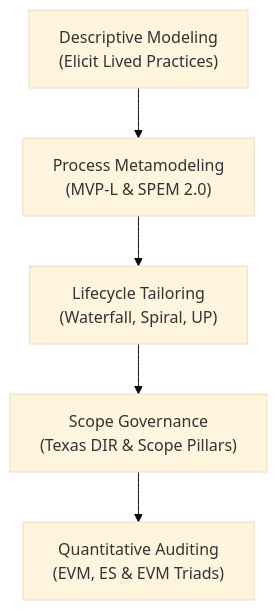
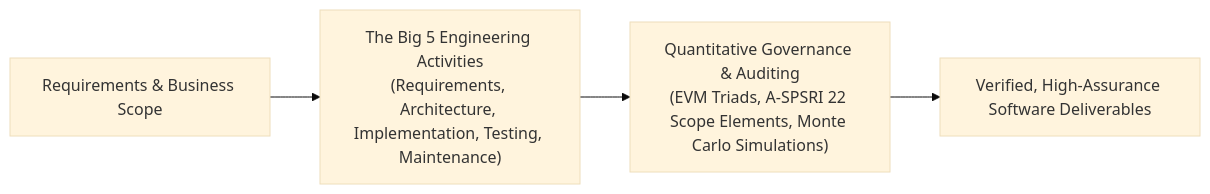
Before and after one commit to Fake1Doge/Obsidian-notes: the fifth of 6 diagrams in knowledge_Y2.md, drawn with Mermaid (base theme). The commit also changed other lines of this file and 7 other files, not shown here.

````diff
--- a/knowledge_Y2.md
+++ b/knowledge_Y2.md
@@ -70,7 +284,6 @@
 ```mermaid
-flowchart TD
-    A["Descriptive Modeling<br/>(Elicit Lived Practices)"] --> B["Process Metamodeling<br/>(MVP-L & SPEM 2.0)"]
-    B --> C["Lifecycle Tailoring<br/>(Waterfall, Spiral, UP)"]
-    C --> D["Scope Governance<br/>(Texas DIR & Scope Pillars)"]
-    D --> E["Quantitative Auditing<br/>(EVM, ES & EVM Triads)"]
+flowchart LR
+    Inputs["Requirements & Business Scope"] --> BigFive["The Big 5 Engineering Activities<br/>(Requirements, Architecture, Implementation, Testing, Maintenance)"]
+    BigFive --> Governance["Quantitative Governance & Auditing<br/>(EVM Triads, A-SPSRI 22 Scope Elements, Monte Carlo Simulations)"]
+    Governance --> VerifiedDelivery["Verified, High-Assurance Software Deliverables"]
 ```
````
